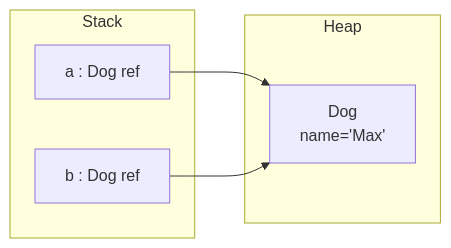
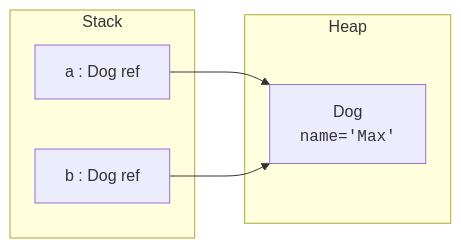
Before and after one commit to dataslope/dataslope: the second of 7 diagrams in content/learn/oop-blueprint-java/objects-in-memory.mdx, drawn with Mermaid. The commit also changed other lines of this file and 218 other files, not shown here.

First line of the commit message:
Render code-only mermaid shapes in monospace; convert step sequences to Steps (#467)

````diff
--- a/content/learn/oop-blueprint-java/objects-in-memory.mdx
+++ b/content/learn/oop-blueprint-java/objects-in-memory.mdx
@@ -73,12 +73,12 @@
 ```mermaid
 flowchart LR
     subgraph Stack
         A["a : Dog ref"]
         B["b : Dog ref"]
     end
     subgraph Heap
-        O["Dog<br/>name='Max'"]
+        O["Dog<br/><code>name='Max'</code>"]
     end
     A --> O
     B --> O
 ```
````
